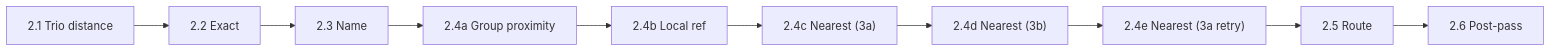
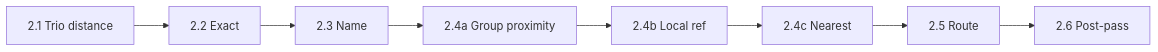
One commit to openTdataCH/stop_sync_osm_atlas changed the third of 4 diagrams in documentation/2. Matching process.md. Above: the diagram before and after it, drawn with Mermaid. The commit also changed other lines of this file and 21 other files, not shown here.

````diff
--- a/documentation/2. Matching process.md
+++ b/documentation/2. Matching process.md
@@ -177,4 +168,4 @@
 ```mermaid
 flowchart LR
-    T["2.1 Trio distance"] --> E["2.2 Exact"] --> N["2.3 Name"] --> D1["2.4a Group proximity"] --> D2["2.4b Local ref"] --> D3["2.4c Nearest (3a)"] --> D4["2.4d Nearest (3b)"] --> D5["2.4e Nearest (3a retry)"] --> R["2.5 Route"] --> P["2.6 Post-pass"]
+    T["2.1 Trio distance"] --> E["2.2 Exact"] --> N["2.3 Name"] --> D1["2.4a Group proximity"] --> D2["2.4b Local ref"] --> D3["2.4c Nearest"] --> R["2.5 Route"] --> P["2.6 Post-pass"]
 ```
````
